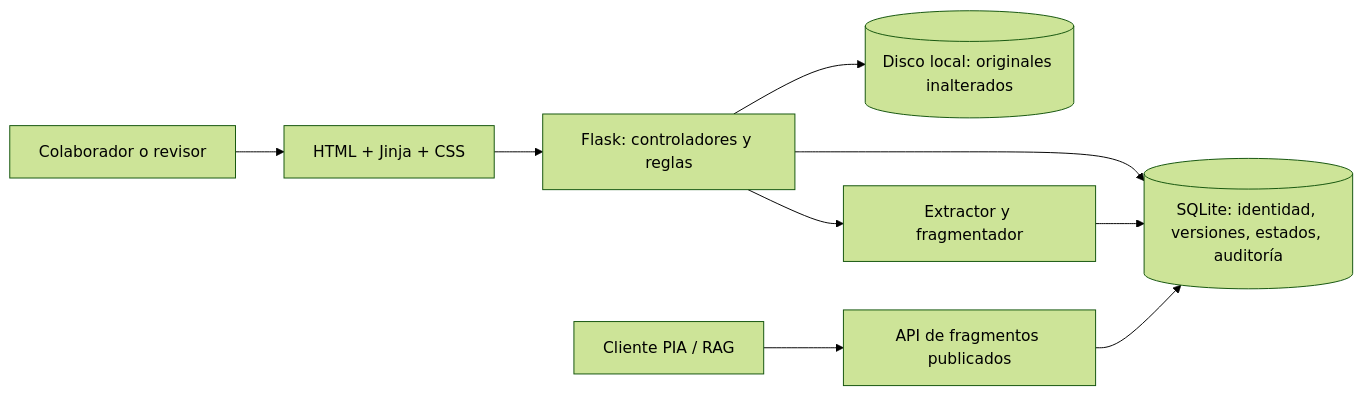
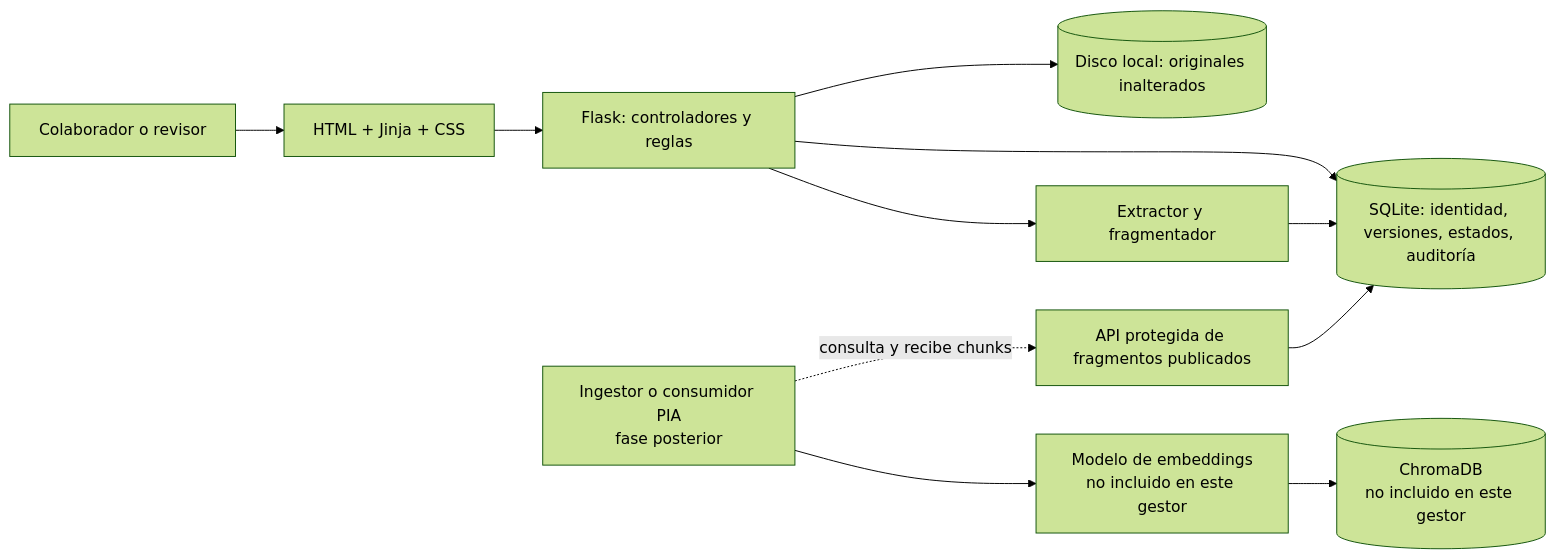
Before and after one commit to iesataulfoargentasor/Gestor_programaciones_profesor_v1: the first of 2 diagrams in README.md, drawn with Mermaid (forest theme). The commit also changed other lines of this file, not shown here.

````diff
--- a/README.md
+++ b/README.md
@@ -24,11 +13,13 @@
 ```mermaid
 flowchart LR
   U[Colaborador o revisor] --> W[HTML + Jinja + CSS]
   W --> F[Flask: controladores y reglas]
   F --> DB[(SQLite: identidad, versiones, estados, auditoría)]
   F --> FS[(Disco local: originales inalterados)]
   F --> X[Extractor y fragmentador]
   X --> DB
-  PIA[Cliente PIA / RAG] --> API[API de fragmentos publicados]
+  PIA[Ingestor o consumidor PIA<br/>fase posterior] -.consulta y recibe chunks.-> API[API protegida de fragmentos publicados]
   API --> DB
+  PIA --> EMB[Modelo de embeddings<br/>no incluido en este gestor]
+  EMB --> CH[(ChromaDB<br/>no incluido en este gestor)]
 ```
````
